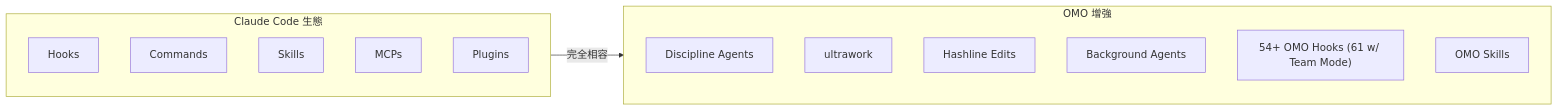
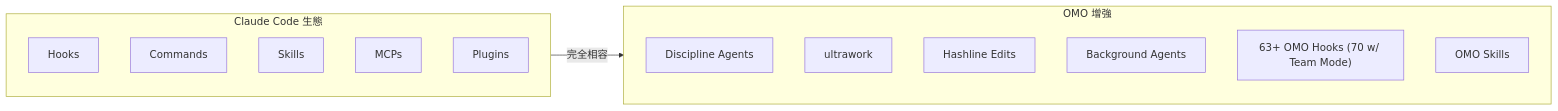
The fourth of 21 diagrams in content/posts/教學/AI開發/oh-my-openagent（Oh My OpenCode, OMO）教學手冊.md (chihhung/Blog), drawn with Mermaid before and after one commit. The commit also changed other lines of this file and 22 other files, not shown here.

````diff
--- a/content/posts/教學/AI開發/oh-my-openagent（Oh My OpenCode, OMO）教學手冊.md
+++ b/content/posts/教學/AI開發/oh-my-openagent（Oh My OpenCode, OMO）教學手冊.md
@@ -354,21 +368,21 @@
 ```mermaid
 graph LR
     subgraph ClaudeCodeEcosystem["Claude Code 生態"]
         CCHooks["Hooks"]
         CCCommands["Commands"]
         CCSkills["Skills"]
         CCMCPs["MCPs"]
         CCPlugins["Plugins"]
     end
 
     subgraph OMO_Enhancements["OMO 增強"]
         DAgents["Discipline Agents"]
         UltraW["ultrawork"]
         HashL["Hashline Edits"]
         BgAg["Background Agents"]
-        OMOHooks["54+ OMO Hooks (61 w/ Team Mode)"]
+        OMOHooks["63+ OMO Hooks (70 w/ Team Mode)"]
         OMOSkills["OMO Skills"]
     end
 
     ClaudeCodeEcosystem -->|"完全相容"| OMO_Enhancements
 ```
````
